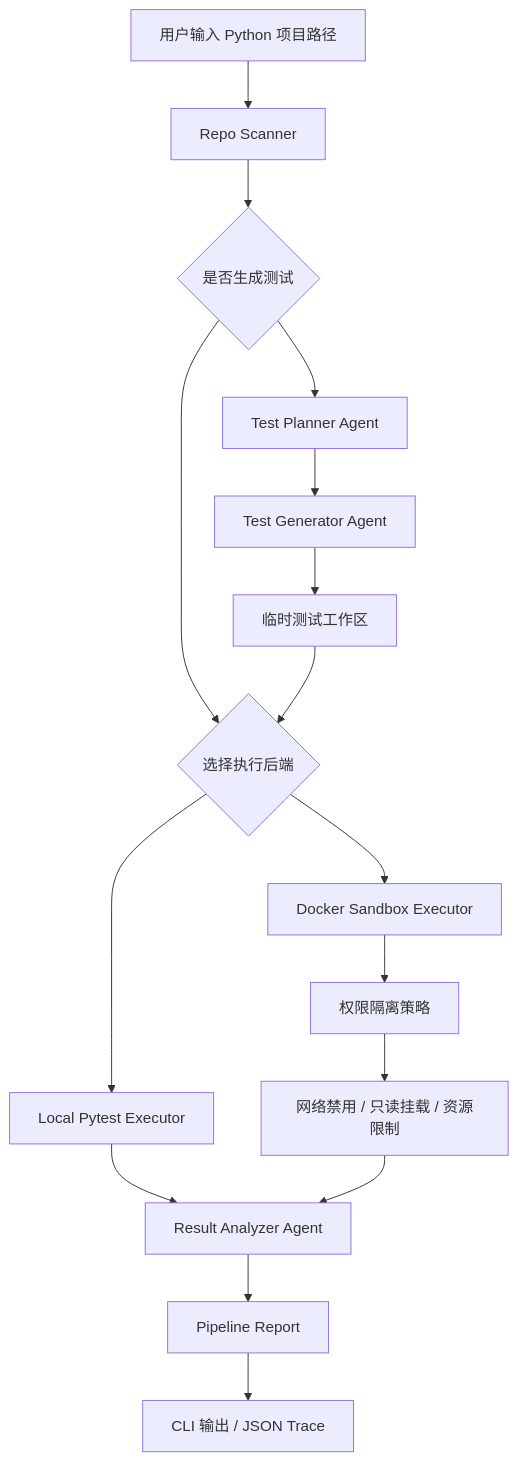
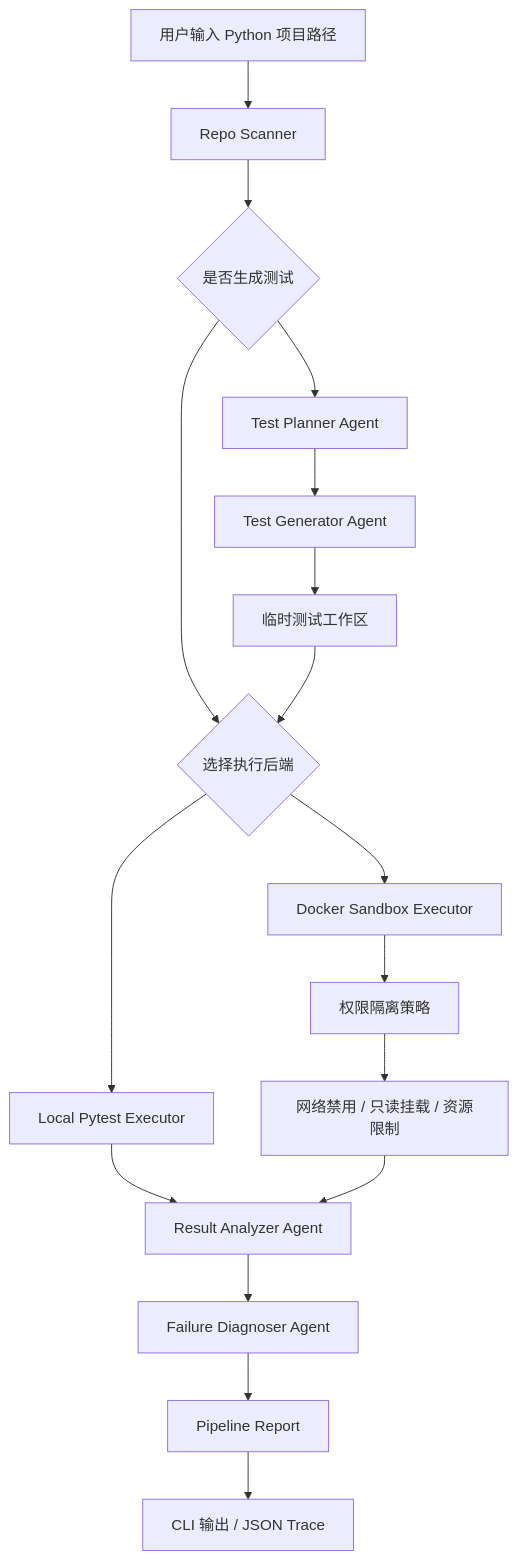
Before and after one commit to Isaacsen/cs599-project: the first of 2 diagrams in docs/architecture.md, drawn with Mermaid. The commit also changed other lines of this file and 12 other files, not shown here.

````diff
--- a/docs/architecture.md
+++ b/docs/architecture.md
@@ -5,18 +5,19 @@
 ```mermaid
 flowchart TD
     A["用户输入 Python 项目路径"] --> B["Repo Scanner"]
     B --> C{"是否生成测试"}
     C --> D["Test Planner Agent"]
     D --> E["Test Generator Agent"]
     E --> N["临时测试工作区"]
     C --> F{"选择执行后端"}
     N --> F
     F --> G["Local Pytest Executor"]
     F --> H["Docker Sandbox Executor"]
     H --> I["权限隔离策略"]
     I --> J["网络禁用 / 只读挂载 / 资源限制"]
     G --> K["Result Analyzer Agent"]
     J --> K
-    K --> L["Pipeline Report"]
+    K --> O["Failure Diagnoser Agent"]
+    O --> L["Pipeline Report"]
     L --> M["CLI 输出 / JSON Trace"]
 ```
````
